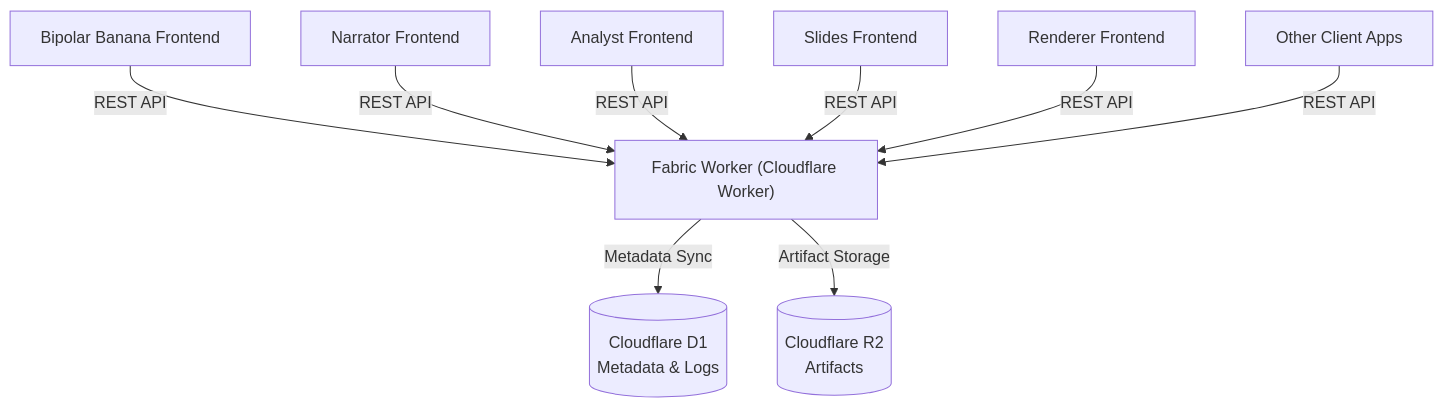
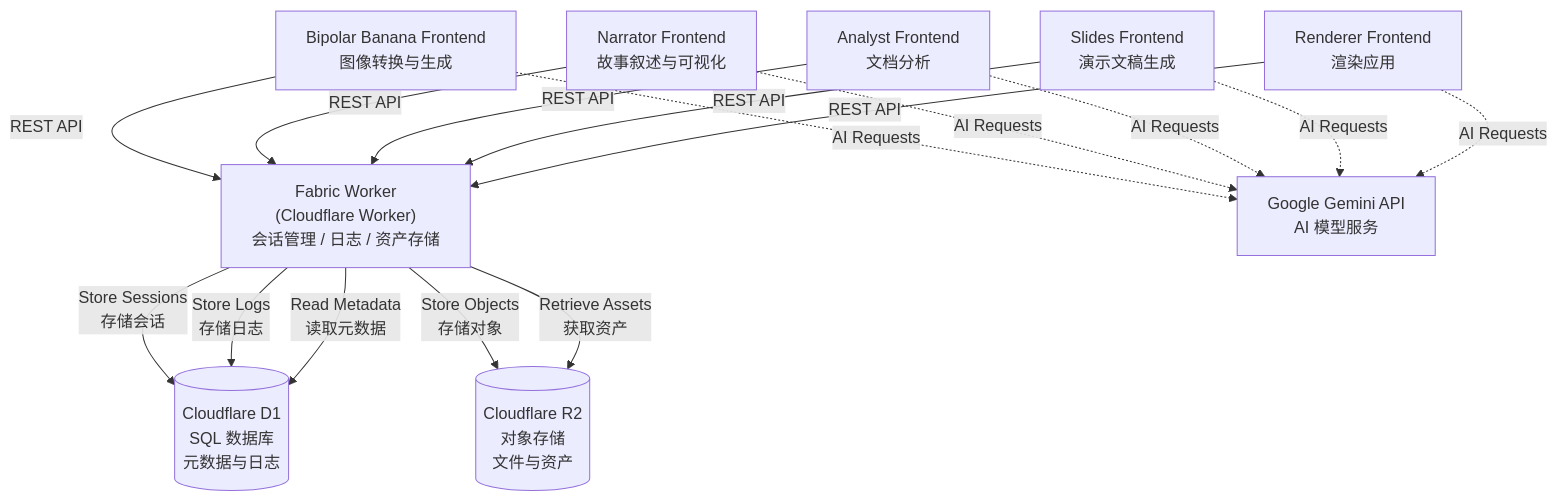
The diagram in README.md (dmquant/fabric), drawn with Mermaid before and after one commit. The commit also changed other lines of this file and 1 other file, not shown here.

````diff
--- a/README.md
+++ b/README.md
@@ -8,20 +36,33 @@
 ```mermaid
 graph TD
-    BB[Bipolar Banana Frontend]
-    NR[Narrator Frontend]
-    AN[Analyst Frontend]
-    SL[Slides Frontend]
-    RD[Renderer Frontend]
-    OC[Other Client Apps]
-    Worker["Fabric Worker (Cloudflare Worker)"]
-    D1[(Cloudflare D1<br/>Metadata & Logs)]
-    R2[(Cloudflare R2<br/>Artifacts)]
+    BB[Bipolar Banana Frontend<br/>图像转换与生成]
+    NR[Narrator Frontend<br/>故事叙述与可视化]
+    AN[Analyst Frontend<br/>文档分析]
+    SL[Slides Frontend<br/>演示文稿生成]
+    RD[Renderer Frontend<br/>渲染应用]
+
+    Worker["Fabric Worker<br/>(Cloudflare Worker)<br/>会话管理 / 日志 / 资产存储"]
+
+    D1[(Cloudflare D1<br/>SQL 数据库<br/>元数据与日志)]
+    R2[(Cloudflare R2<br/>对象存储<br/>文件与资产)]
+
+    Gemini[Google Gemini API<br/>AI 模型服务]
+
     BB -->|REST API| Worker
     NR -->|REST API| Worker
     AN -->|REST API| Worker
     SL -->|REST API| Worker
     RD -->|REST API| Worker
-    OC -->|REST API| Worker
-    Worker -->|Metadata Sync| D1
-    Worker -->|Artifact Storage| R2
+
+    BB -.->|AI Requests| Gemini
+    NR -.->|AI Requests| Gemini
+    AN -.->|AI Requests| Gemini
+    SL -.->|AI Requests| Gemini
+    RD -.->|AI Requests| Gemini
+
+    Worker -->|Store Sessions<br/>存储会话| D1
+    Worker -->|Store Logs<br/>存储日志| D1
+    Worker -->|Store Objects<br/>存储对象| R2
+    Worker -->|Read Metadata<br/>读取元数据| D1
+    Worker -->|Retrieve Assets<br/>获取资产| R2
 ```
````
